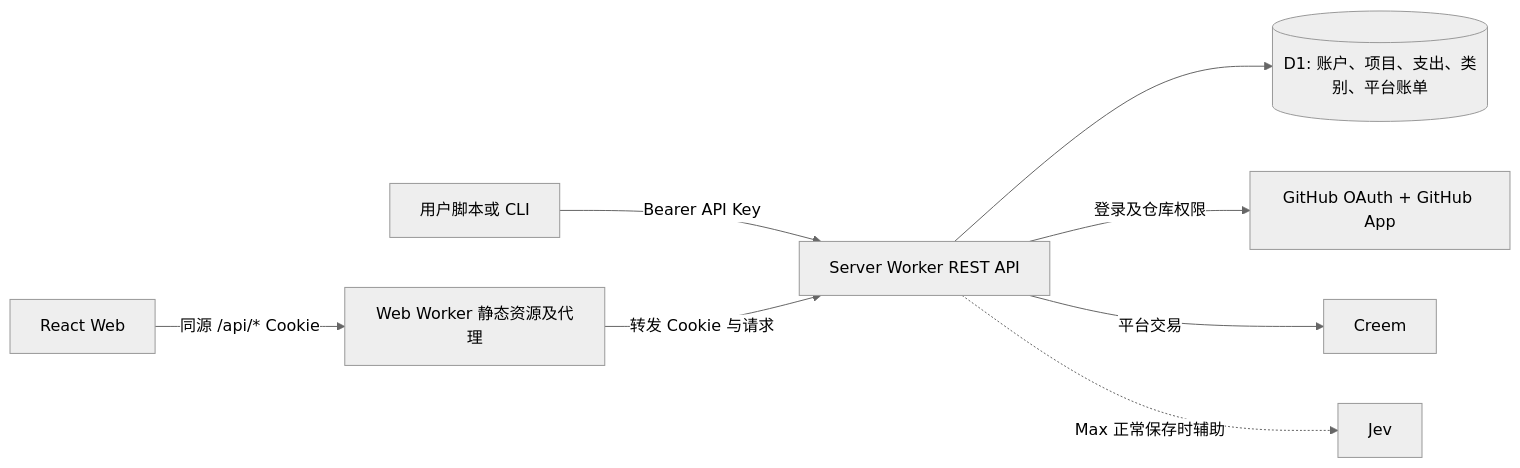
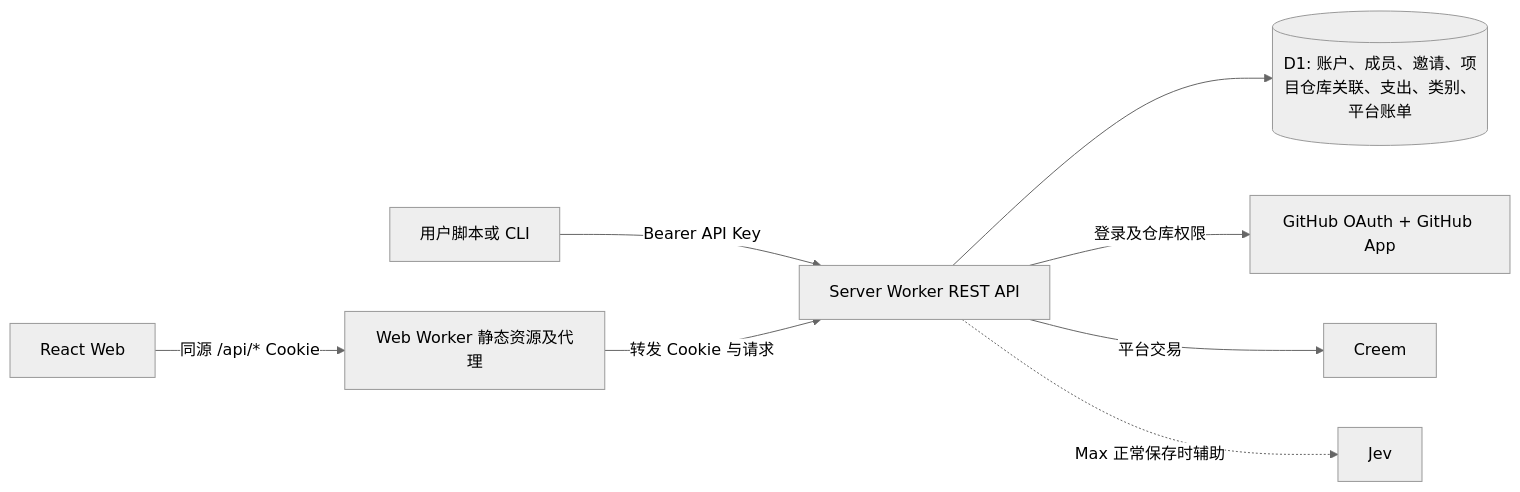
The diagram in docs/design/github-project-ledger/README.md (GoPullwise/pullwise-server), drawn with Mermaid (neutral theme) before and after one commit. The commit also changed other lines of this file and 39 other files, not shown here.

Commit message:
Add shared ledger roles and multi-repository projects with bounded preview schema upgrade

````diff
--- a/docs/design/github-project-ledger/README.md
+++ b/docs/design/github-project-ledger/README.md
@@ -29,10 +34,10 @@
 ```mermaid
 flowchart LR
     Browser[React Web] -->|同源 /api/* Cookie| W[Web Worker 静态资源及代理]
     Script[用户脚本或 CLI] -->|Bearer API Key| S[Server Worker REST API]
     W -->|转发 Cookie 与请求| S
-    S --> D1[(D1: 账户、项目、支出、类别、平台账单)]
+    S --> D1[(D1: 账户、成员、邀请、项目仓库关联、支出、类别、平台账单)]
     S -->|登录及仓库权限| GH[GitHub OAuth + GitHub App]
     S -->|平台交易| C[Creem]
     S -. Max 正常保存时辅助 .-> J[Jev]
 ```
````
